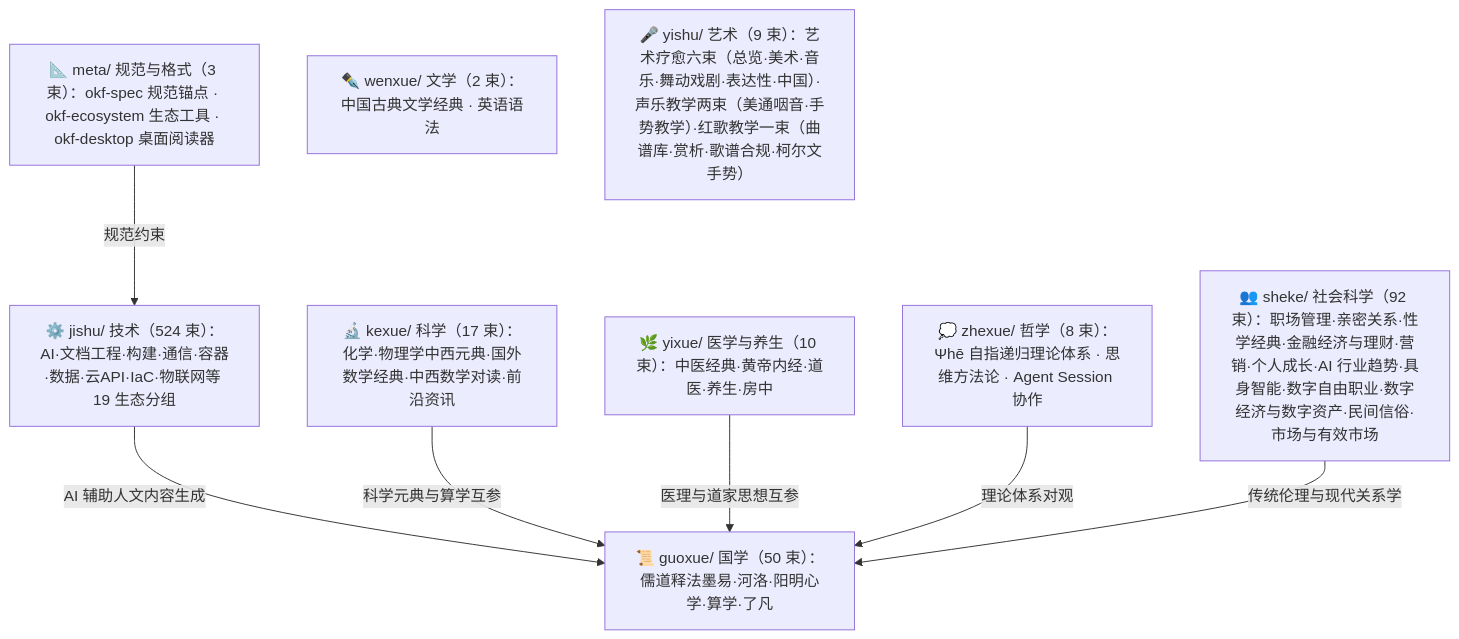
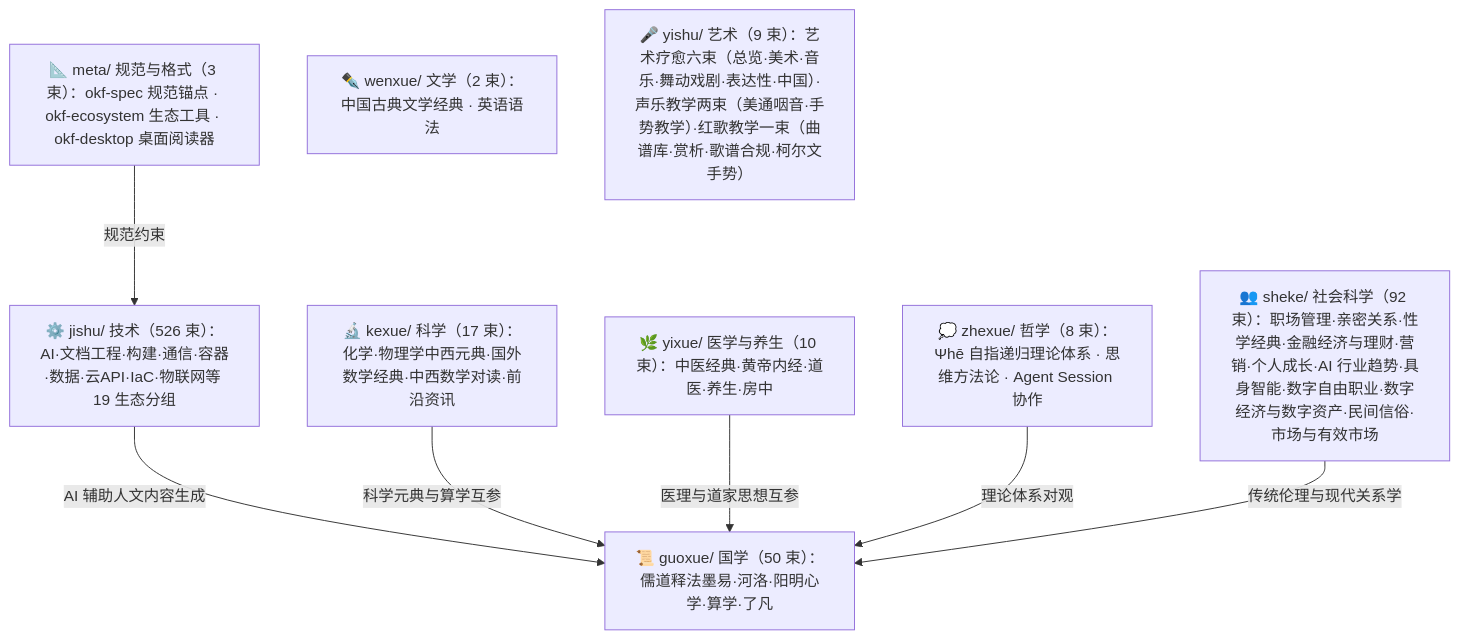
One commit to awesome-flexloop/awesome-okf changed the diagram in doc/bundles/index.md. Above: the diagram before and after it, drawn with Mermaid. The commit also changed other lines of this file and 15 other files, not shown here.

````diff
--- a/doc/bundles/index.md
+++ b/doc/bundles/index.md
@@ -21,18 +21,18 @@
 ```mermaid
 flowchart TD
     meta["📐 meta/ 规范与格式（3 束）：okf-spec 规范锚点 · okf-ecosystem 生态工具 · okf-desktop 桌面阅读器"]
     guoxue["📜 guoxue/ 国学（50 束）：儒道释法墨易·河洛·阳明心学·算学·了凡"]
     zhexue["💭 zhexue/ 哲学（8 束）：Ψhē 自指递归理论体系 · 思维方法论 · Agent Session 协作"]
     kexue["🔬 kexue/ 科学（17 束）：化学·物理学中西元典·国外数学经典·中西数学对读·前沿资讯"]
     wenxue["✒️ wenxue/ 文学（2 束）：中国古典文学经典 · 英语语法"]
     yixue["🌿 yixue/ 医学与养生（10 束）：中医经典·黄帝内经·道医·养生·房中"]
     sheke["👥 sheke/ 社会科学（92 束）：职场管理·亲密关系·性学经典·金融经济与理财·营销·个人成长·AI 行业趋势·具身智能·数字自由职业·数字经济与数字资产·民间信俗·市场与有效市场"]
     yishu["🎤 yishu/ 艺术（9 束）：艺术疗愈六束（总览·美术·音乐·舞动戏剧·表达性·中国）·声乐教学两束（美通咽音·手势教学）·红歌教学一束（曲谱库·赏析·歌谱合规·柯尔文手势）"]
-    jishu["⚙️ jishu/ 技术（524 束）：AI·文档工程·构建·通信·容器·数据·云API·IaC·物联网等 19 生态分组"]
+    jishu["⚙️ jishu/ 技术（526 束）：AI·文档工程·构建·通信·容器·数据·云API·IaC·物联网等 19 生态分组"]
     meta -->|"规范约束"| jishu
     jishu -->|"AI 辅助人文内容生成"| guoxue
     kexue -->|"科学元典与算学互参"| guoxue
     yixue -->|"医理与道家思想互参"| guoxue
     zhexue -->|"理论体系对观"| guoxue
     sheke -->|"传统伦理与现代关系学"| guoxue
 ```
````
